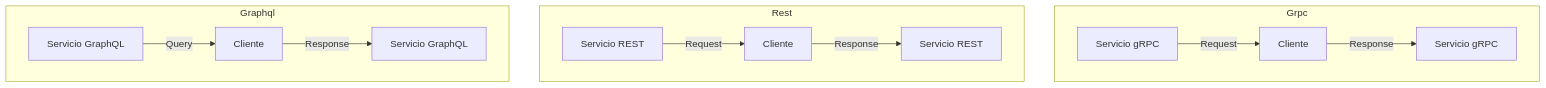
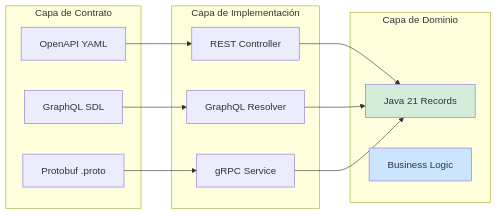
One commit to Joaquinriosheredia/DAM-Java-Mastery changed the second of 3 diagrams in _Review/diseno_de_apis_rest_vs_graphql_vs_grpc/diseno_de_apis_rest_vs_graphql_vs_grpc.md. Above: the diagram before and after it, drawn with Mermaid. The commit also changed other lines of this file, not shown here.

Commit message:
diseno_de_apis_rest_vs_graphql_vs_grpc.md

````diff
--- a/_Review/diseno_de_apis_rest_vs_graphql_vs_grpc/diseno_de_apis_rest_vs_graphql_vs_grpc.md
+++ b/_Review/diseno_de_apis_rest_vs_graphql_vs_grpc/diseno_de_apis_rest_vs_graphql_vs_grpc.md
@@ -567,27 +156,30 @@
 ```mermaid
-graph TD
-    A[Servicio gRPC] -- Request --> B[Cliente]
-    B -- Response --> C[Servicio gRPC]
-    D[Servicio REST] -- Request --> E[Cliente]
-    E -- Response --> F[Servicio REST]
-    G[Servicio GraphQL] -- Query --> H[Cliente]
-    H -- Response --> I[Servicio GraphQL]
-
-    subgraph Grpc
-        A
-        B
-        C
+graph LR
+    subgraph "Capa de Contrato"
+        OPENAPI[OpenAPI YAML]
+        GRAPHQL[GraphQL SDL]
+        PROTO[Protobuf .proto]
     end
-
-    subgraph Rest
-        D
-        E
-        F
+    
+    subgraph "Capa de Implementación"
+        REST[REST Controller]
+        GQL[GraphQL Resolver]
+        GRPC[gRPC Service]
     end
-
-    subgraph Graphql
-        G
-        H
-        I
+    
+    subgraph "Capa de Dominio"
+        RECORDS[Java 21 Records]
+        SERVICE[Business Logic]
     end
+    
+    OPENAPI --> REST
+    GRAPHQL --> GQL
+    PROTO --> GRPC
+    
+    REST --> RECORDS
+    GQL --> RECORDS
+    GRPC --> RECORDS
+    
+    style RECORDS fill:#d4edda
+    style SERVICE fill:#cce5ff
 ```
````
